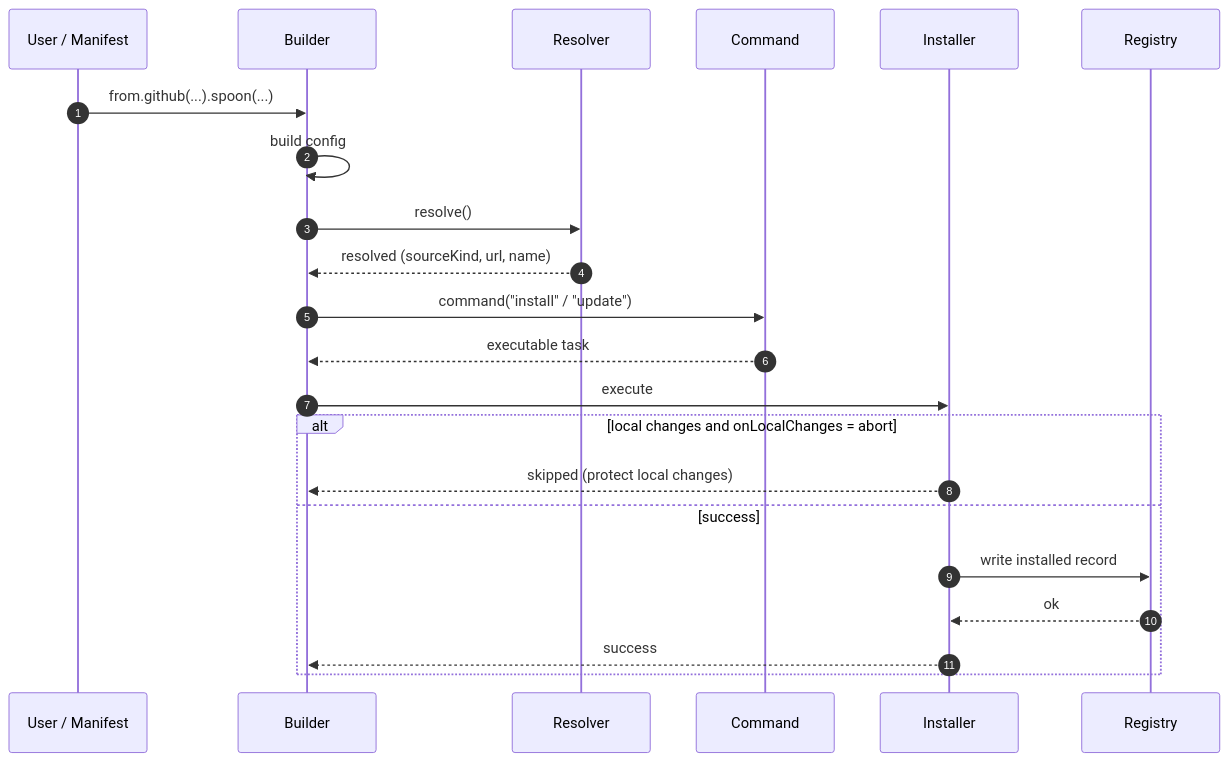
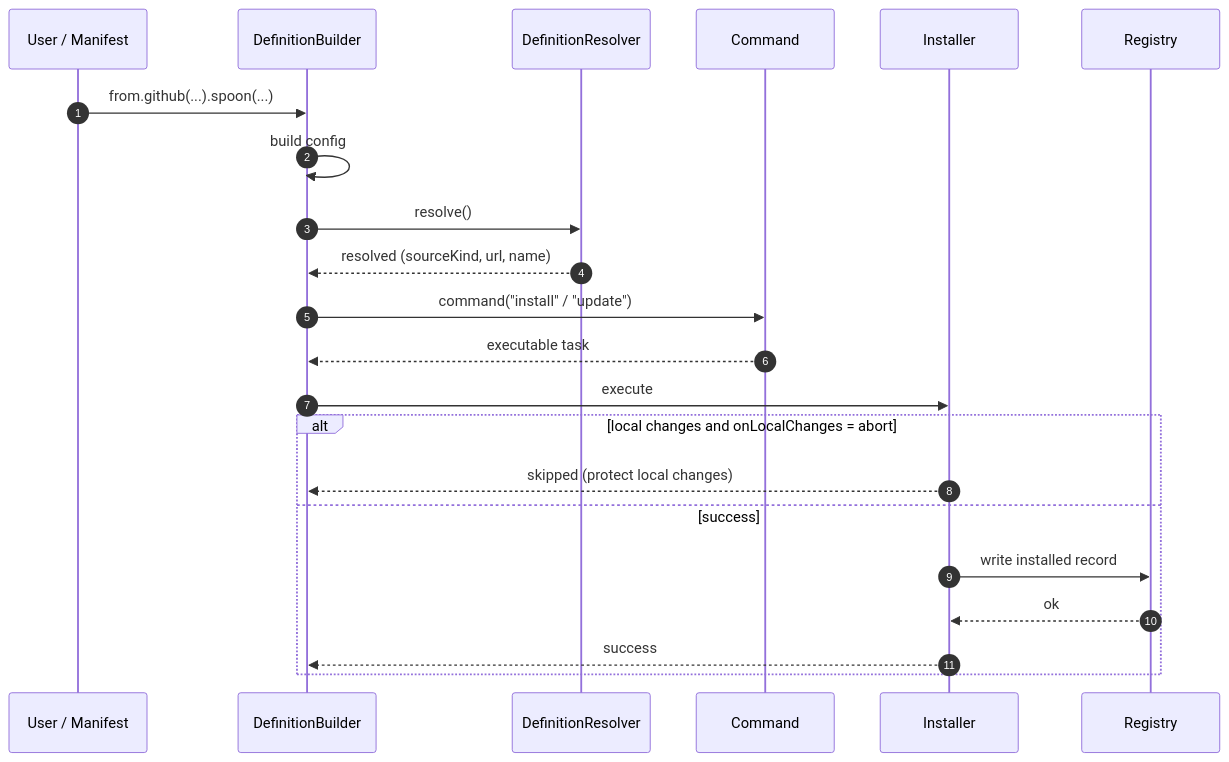
The fifth of 5 diagrams in docs/architecture/reference/pipeline.md (muescha/SpoonManager.spoon), drawn with Mermaid before and after one commit. The commit also changed 4 other files, not shown here.

````diff
--- a/docs/architecture/reference/pipeline.md
+++ b/docs/architecture/reference/pipeline.md
@@ -131,24 +131,24 @@
 ```mermaid
 sequenceDiagram
   autonumber
   participant U as User / Manifest
-  participant B as Builder
-  participant Rz as Resolver
+  participant B as DefinitionBuilder
+  participant Rz as DefinitionResolver
   participant Cmd as Command
   participant Ins as Installer
   participant Reg as Registry
   U->>B: from.github(...).spoon(...)
   B->>B: build config
   B->>Rz: resolve()
   Rz-->>B: resolved (sourceKind, url, name)
   B->>Cmd: command("install" / "update")
   Cmd-->>B: executable task
   B->>Ins: execute
   alt local changes and onLocalChanges = abort
     Ins-->>B: skipped (protect local changes)
   else success
     Ins->>Reg: write installed record
     Reg-->>Ins: ok
     Ins-->>B: success
   end
 ```
````
